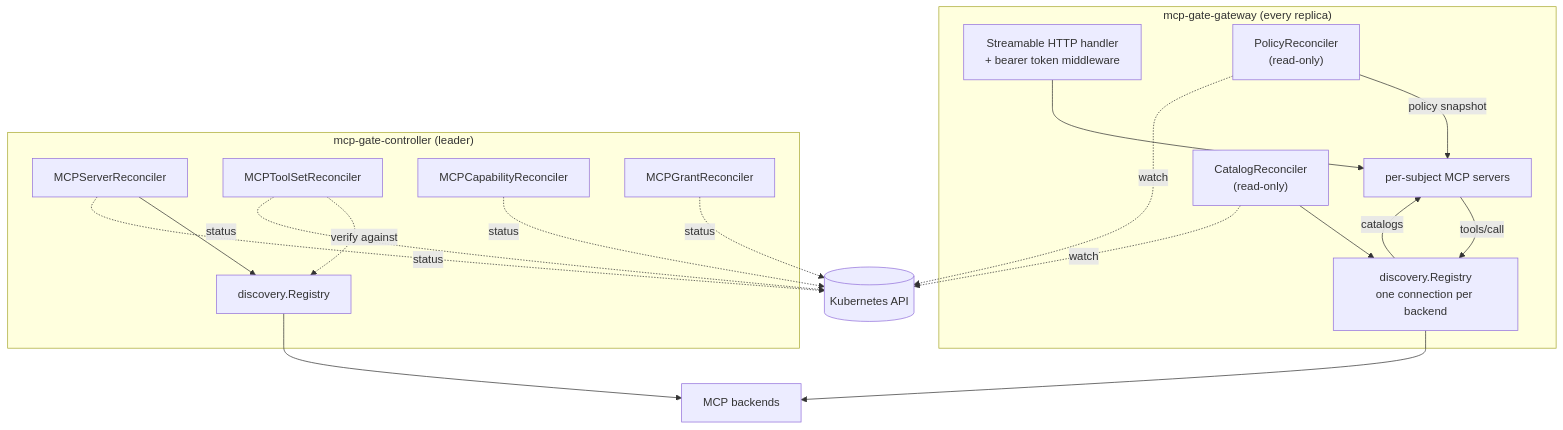
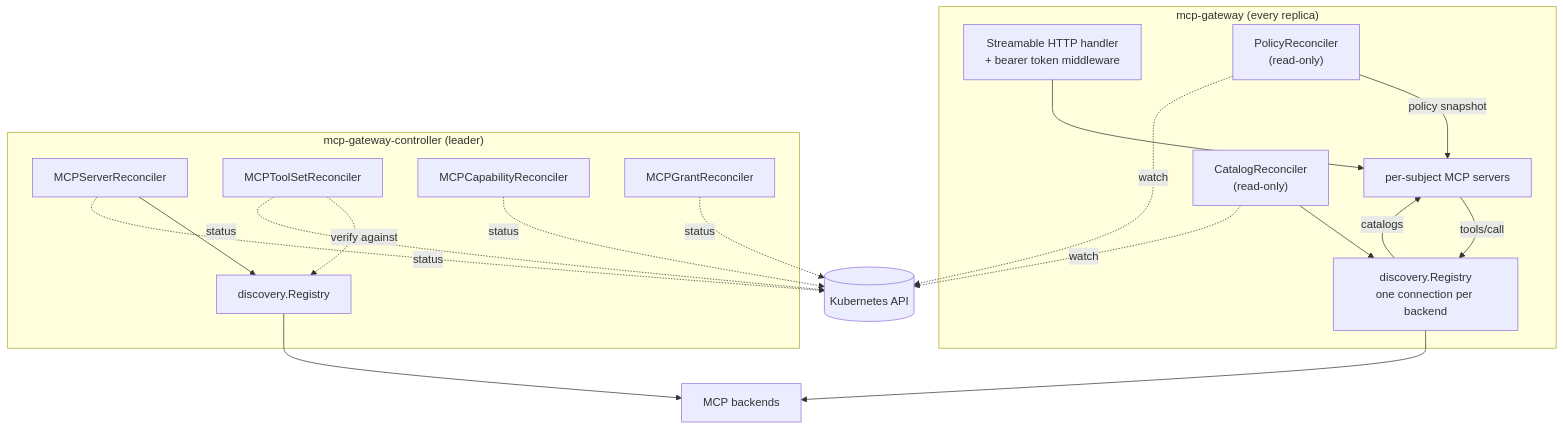
The first of 4 diagrams in docs/architecture.md (metapatrol/mcp-gateway), drawn with Mermaid before and after one commit. The commit also changed other lines of this file and 123 other files, not shown here.

First line of the commit message:
refactor!: rename the project to mcp-gateway

````diff
--- a/docs/architecture.md
+++ b/docs/architecture.md
@@ -11,35 +11,35 @@
 ```mermaid
 graph TB
-    subgraph "mcp-gate-gateway (every replica)"
+    subgraph "mcp-gateway (every replica)"
         H["Streamable HTTP handler<br/>+ bearer token middleware"]
         S["per-subject MCP servers"]
         PR["PolicyReconciler<br/>(read-only)"]
         CR["CatalogReconciler<br/>(read-only)"]
         REG1["discovery.Registry<br/>one connection per backend"]
     end
 
-    subgraph "mcp-gate-controller (leader)"
+    subgraph "mcp-gateway-controller (leader)"
         R1["MCPServerReconciler"]
         R2["MCPToolSetReconciler"]
         R3["MCPCapabilityReconciler"]
         R4["MCPGrantReconciler"]
         REG2["discovery.Registry"]
     end
 
     API[("Kubernetes API")]
     B["MCP backends"]
 
     H --> S
     PR -->|"policy snapshot"| S
     CR --> REG1
     REG1 -->|"catalogs"| S
     S -->|"tools/call"| REG1
     REG1 --> B
     PR -.->|watch| API
     CR -.->|watch| API
 
     R1 --> REG2
     REG2 --> B
     R2 -.->|"verify against"| REG2
     R1 & R2 & R3 & R4 -.->|"status"| API
 ```
````
